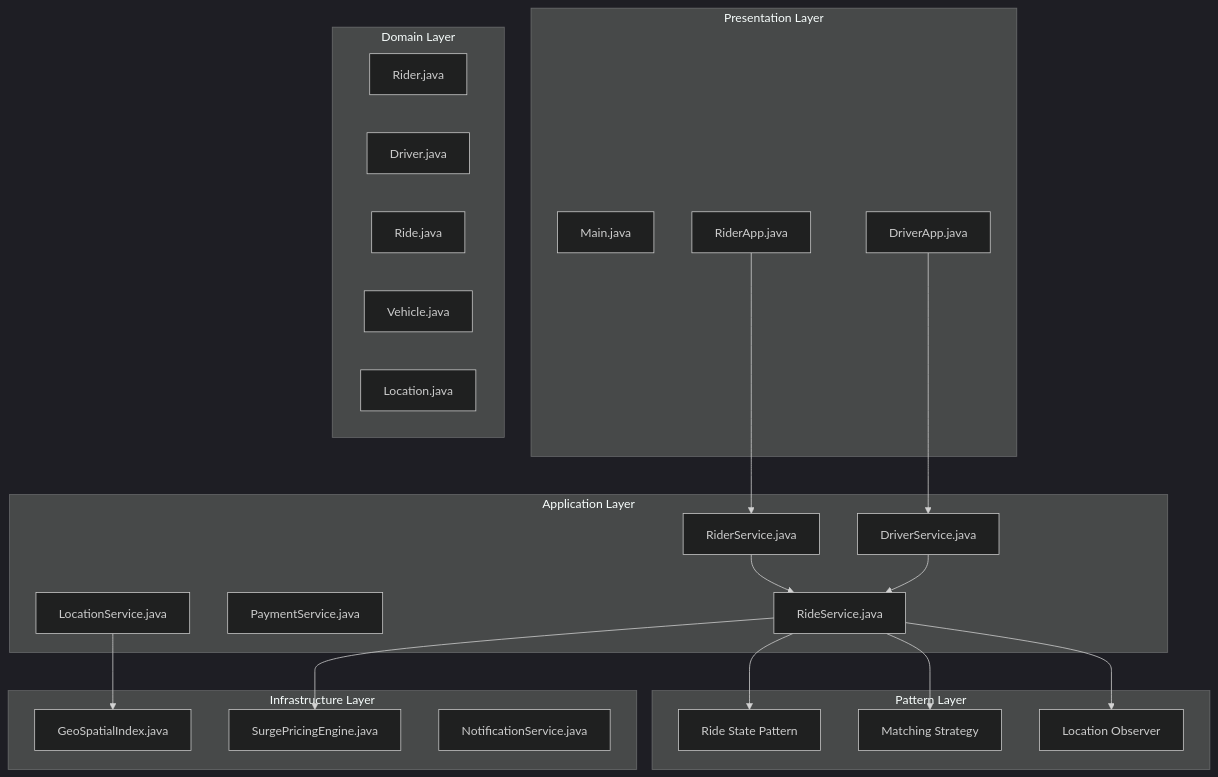
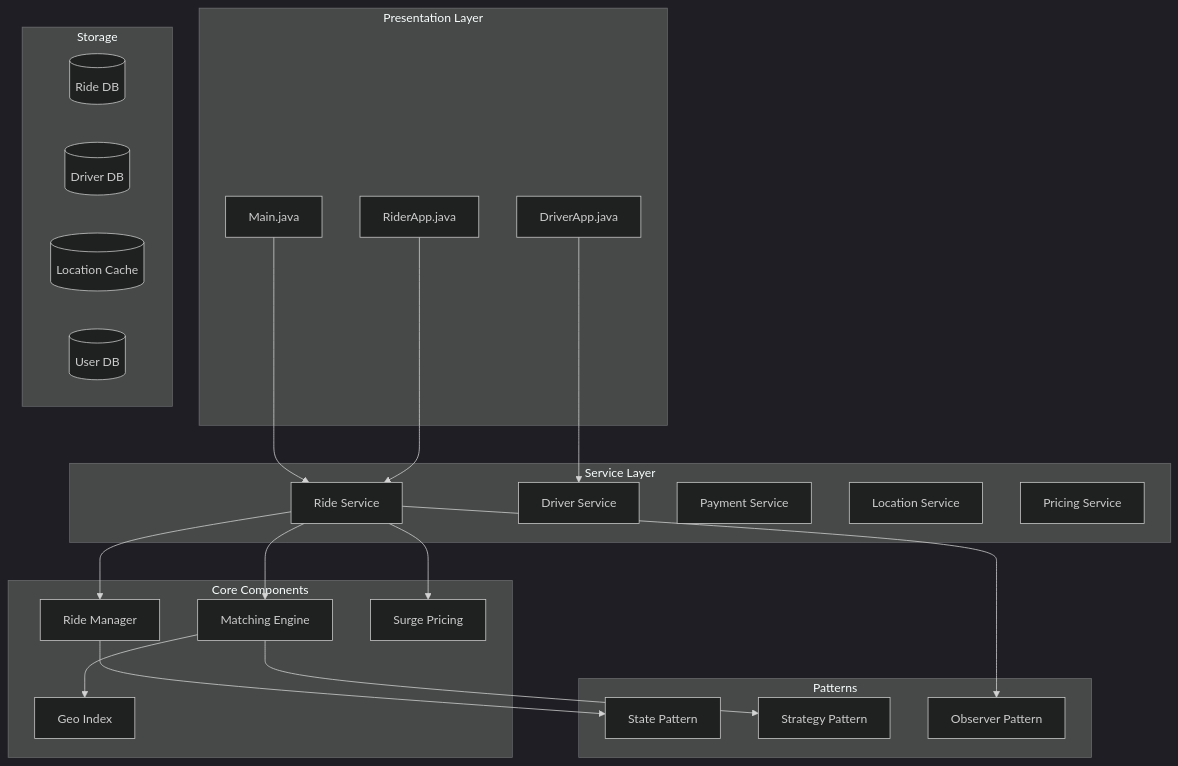
One commit to javaengineeringacademy/java-engineering-academy changed the first of 2 diagrams in 01-programming-languages/Java/02-oop/33-mini-projects/advanced/ride-sharing/README.md. Above: the diagram before and after it, drawn with Mermaid (dark theme). The commit also changed other lines of this file and 48 other files, not shown here.

First line of the commit message:
fix: final polish for 10/10 - split long READMEs, fix duplicates, add diagrams

````diff
--- a/01-programming-languages/Java/02-oop/33-mini-projects/advanced/ride-sharing/README.md
+++ b/01-programming-languages/Java/02-oop/33-mini-projects/advanced/ride-sharing/README.md
@@ -45,46 +45,47 @@
 ```mermaid
 graph TB
     subgraph Presentation Layer
         Main[Main.java]
         RiderApp[RiderApp.java]
         DriverApp[DriverApp.java]
     end
     
-    subgraph Application Layer
-        RS[RiderService.java]
-        DrS[DriverService.java]
-        RideS[RideService.java]
-        PayS[PaymentService.java]
-        LocS[LocationService.java]
+    subgraph Service Layer
+        RideService[Ride Service]
+        DriverService[Driver Service]
+        PaymentService[Payment Service]
+        LocationService[Location Service]
+        PricingService[Pricing Service]
     end
     
-    subgraph Pattern Layer
-        State[Ride State Pattern]
-        Strategy[Matching Strategy]
-        Observer[Location Observer]
+    subgraph Core Components
+        RideManager[Ride Manager]
+        MatchingEngine[Matching Engine]
+        SurgePricing[Surge Pricing]
+        GeoIndex[Geo Index]
     end
     
-    subgraph Domain Layer
-        Rider[Rider.java]
-        Driver[Driver.java]
-        Ride[Ride.java]
-        Vehicle[Vehicle.java]
-        Location[Location.java]
+    subgraph Patterns
+        State[State Pattern]
+        Strategy[Strategy Pattern]
+        Observer[Observer Pattern]
     end
     
-    subgraph Infrastructure Layer
-        GeoIndex[GeoSpatialIndex.java]
-        SurgeEngine[SurgePricingEngine.java]
-        Notification[NotificationService.java]
+    subgraph Storage
+        RideDB[(Ride DB)]
+        DriverDB[(Driver DB)]
+        LocationCache[(Location Cache)]
+        UserDB[(User DB)]
     end
     
-    RiderApp --> RS
-    DriverApp --> DrS
-    RS --> RideS
-    DrS --> RideS
-    RideS --> State
-    RideS --> Strategy
-    RideS --> Observer
-    LocS --> GeoIndex
-    RideS --> SurgeEngine
+    Main --> RideService
+    RiderApp --> RideService
+    DriverApp --> DriverService
+    RideService --> RideManager
+    RideService --> MatchingEngine
+    RideService --> SurgePricing
+    MatchingEngine --> GeoIndex
+    RideManager --> State
+    MatchingEngine --> Strategy
+    RideService --> Observer
 ```
````
